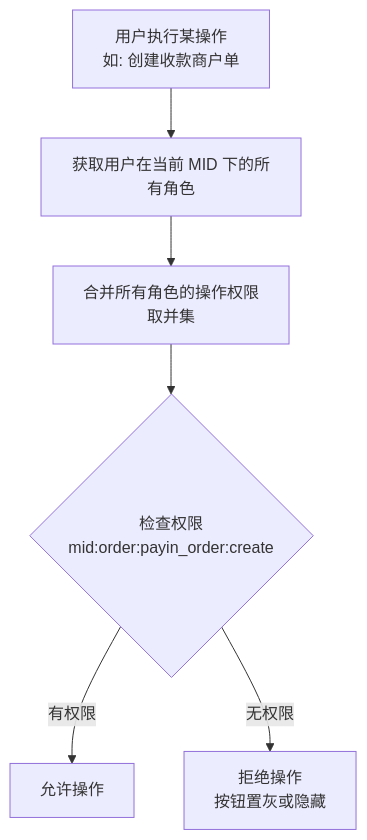
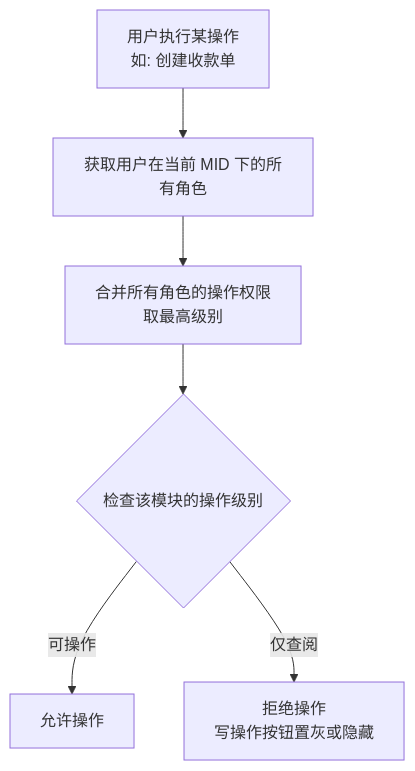
Diagram 15 of 19 in USERPERMISSIONS/prd/Users-Roles-Permissions.md (xiaoxiaoangie/EX-NEW), drawn with Mermaid before and after one commit. The commit also changed other lines of this file and 29 other files, not shown here.

````diff
--- a/USERPERMISSIONS/prd/Users-Roles-Permissions.md
+++ b/USERPERMISSIONS/prd/Users-Roles-Permissions.md
@@ -800,9 +796,9 @@
 ```mermaid
 flowchart TD
-    A[用户执行某操作<br/>如: 创建收款商户单] --> B[获取用户在当前 MID 下的所有角色]
-    B --> C[合并所有角色的操作权限<br/>取并集]
-    C --> D{检查权限<br/>mid:order:payin_order:create}
+    A[用户执行某操作<br/>如: 创建收款单] --> B[获取用户在当前 MID 下的所有角色]
+    B --> C[合并所有角色的操作权限<br/>取最高级别]
+    C --> D{检查该模块的操作级别}
 
-    D -->|有权限| E[允许操作]
-    D -->|无权限| F[拒绝操作<br/>按钮置灰或隐藏]
+    D -->|可操作| E[允许操作]
+    D -->|仅查阅| F[拒绝操作<br/>写操作按钮置灰或隐藏]
 ```
````
